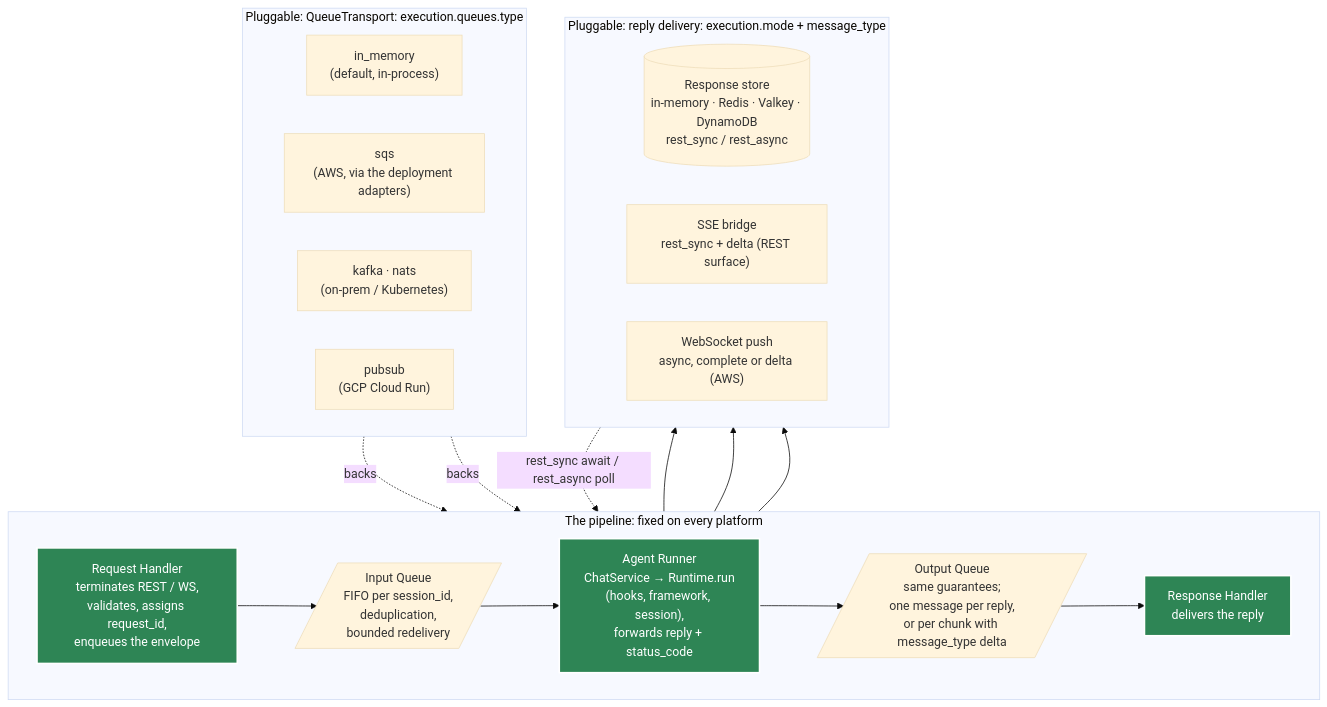
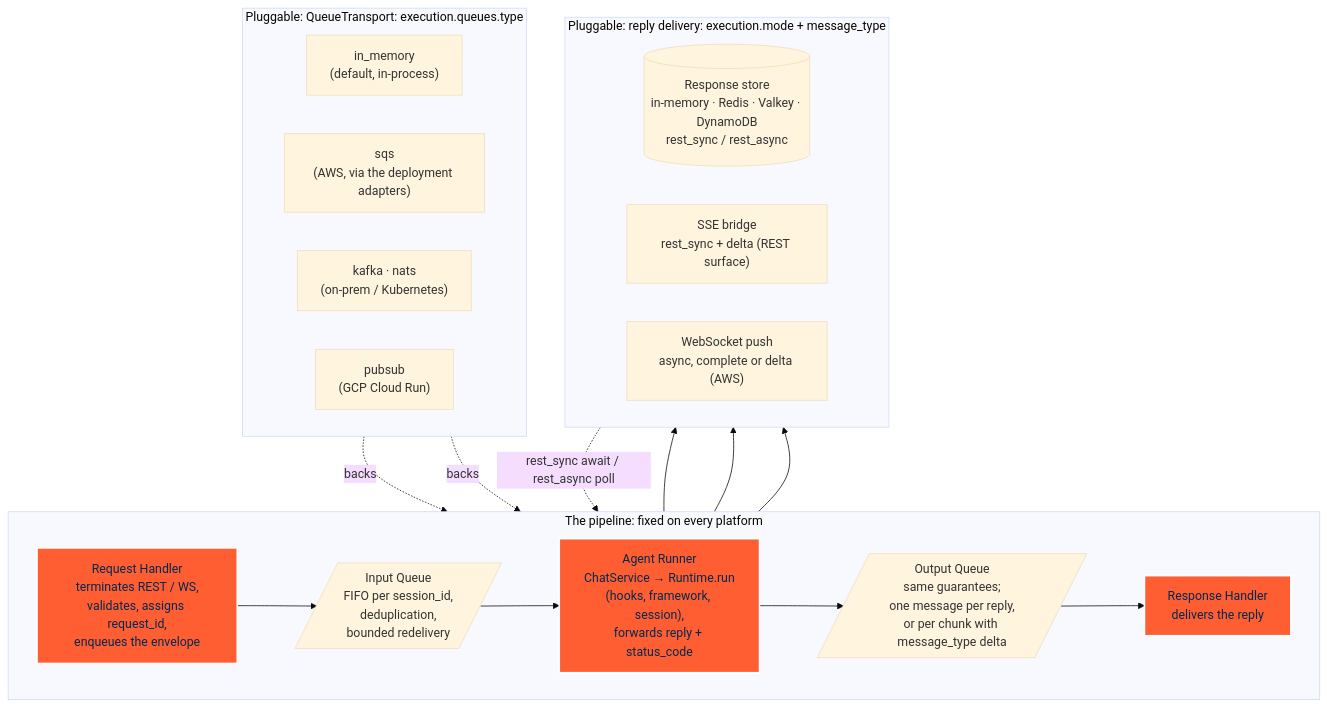
The fourth of 8 diagrams in docs/docs/architecture/execution-flow.md (yaalalabs/agent-kernel), drawn with Mermaid (base theme) before and after one commit. The commit also changed other lines of this file and 444 other files, not shown here.

````diff
--- a/docs/docs/architecture/execution-flow.md
+++ b/docs/docs/architecture/execution-flow.md
@@ -216,38 +216,38 @@
 ```mermaid
 graph TB
     subgraph PIPE["The pipeline: fixed on every platform"]
         direction LR
         RH["Request Handler<br/>terminates REST / WS,<br/>validates, assigns request_id,<br/>enqueues the envelope"]
         IQ[/"Input Queue<br/>FIFO per session_id,<br/>deduplication,<br/>bounded redelivery"/]
         AR["Agent Runner<br/>ChatService → Runtime.run<br/>(hooks, framework, session),<br/>forwards reply + status_code"]
         OQ[/"Output Queue<br/>same guarantees;<br/>one message per reply,<br/>or per chunk with message_type delta"/]
         RESP["Response Handler<br/>delivers the reply"]
         RH --> IQ --> AR --> OQ --> RESP
     end
 
     subgraph TRANS["Pluggable: QueueTransport: execution.queues.type"]
         direction LR
         MEM["in_memory<br/>(default, in-process)"]
         SQS["sqs<br/>(AWS, via the deployment adapters)"]
         KN["kafka · nats<br/>(on-prem / Kubernetes)"]
         PS["pubsub<br/>(GCP Cloud Run)"]
     end
 
     subgraph DELIV["Pluggable: reply delivery: execution.mode + message_type"]
         direction LR
         RS[("Response store<br/>in-memory · Redis · Valkey · DynamoDB<br/>rest_sync / rest_async")]
         SSE["SSE bridge<br/>rest_sync + delta (REST surface)"]
         WS["WebSocket push<br/>async, complete or delta (AWS)"]
     end
 
     TRANS -.->|backs| IQ
     TRANS -.->|backs| OQ
     RESP --> RS
     RESP --> SSE
     RESP --> WS
     RS -.->|"rest_sync await / rest_async poll"| RH
 
-    style RH fill:#2e8555,stroke:#fff,stroke-width:2px,color:#fff
-    style AR fill:#2e8555,stroke:#fff,stroke-width:2px,color:#fff
-    style RESP fill:#2e8555,stroke:#fff,stroke-width:2px,color:#fff
+    style RH fill:#FF5E32,stroke:#fff,stroke-width:2px,color:#02284F
+    style AR fill:#FF5E32,stroke:#fff,stroke-width:2px,color:#02284F
+    style RESP fill:#FF5E32,stroke:#fff,stroke-width:2px,color:#02284F
 ```
````
